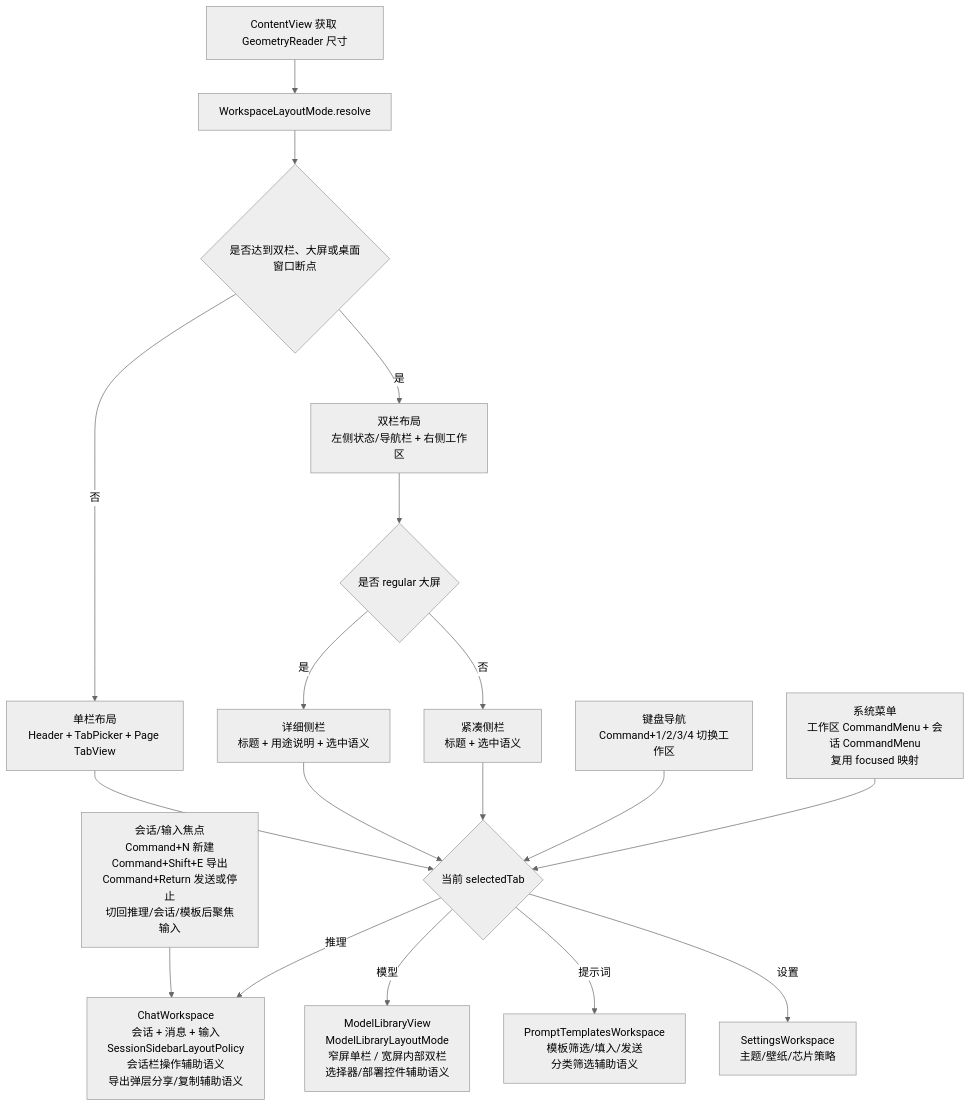
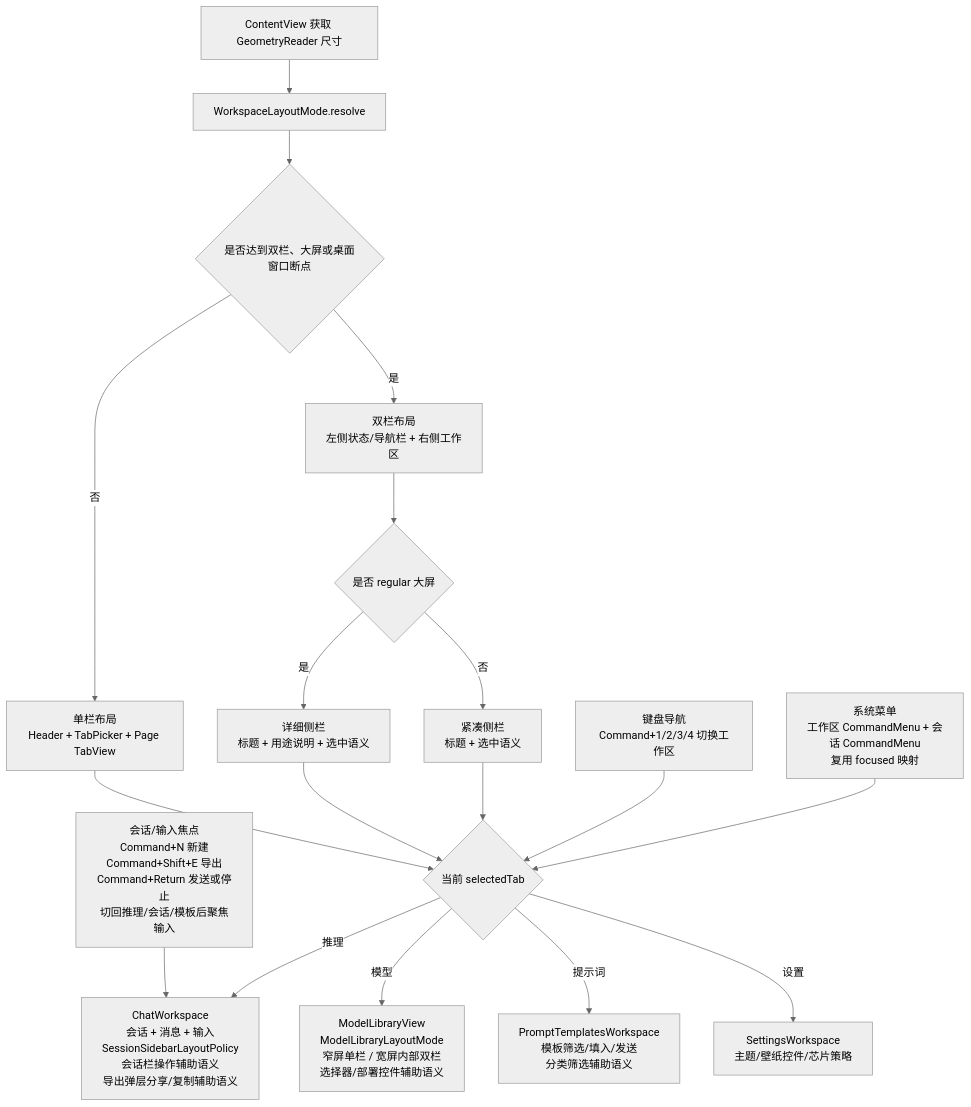
One commit to Altman-sam114/113 changed the fourth of 9 diagrams in md/flow/flowchart.md. Above: the diagram before and after it, drawn with Mermaid (neutral theme). The commit also changed other lines of this file and 8 other files, not shown here.

````diff
--- a/md/flow/flowchart.md
+++ b/md/flow/flowchart.md
@@ -68,20 +68,20 @@
 ```mermaid
 flowchart TD
     A[ContentView 获取 GeometryReader 尺寸] --> B[WorkspaceLayoutMode.resolve]
     B --> C{是否达到双栏、大屏或桌面窗口断点}
     C -- 否 --> D[单栏布局<br/>Header + TabPicker + Page TabView]
     C -- 是 --> E[双栏布局<br/>左侧状态/导航栏 + 右侧工作区]
     E --> N{是否 regular 大屏}
     N -- 是 --> O[详细侧栏<br/>标题 + 用途说明 + 选中语义]
     N -- 否 --> P[紧凑侧栏<br/>标题 + 选中语义]
     D --> F{当前 selectedTab}
     O --> F
     P --> F
     K[键盘导航<br/>Command+1/2/3/4 切换工作区] --> F
     M[系统菜单<br/>工作区 CommandMenu + 会话 CommandMenu<br/>复用 focused 映射] --> F
     L[会话/输入焦点<br/>Command+N 新建<br/>Command+Shift+E 导出<br/>Command+Return 发送或停止<br/>切回推理/会话/模板后聚焦输入] --> G
     F -- 推理 --> G[ChatWorkspace<br/>会话 + 消息 + 输入<br/>SessionSidebarLayoutPolicy<br/>会话栏操作辅助语义<br/>导出弹层分享/复制辅助语义]
     F -- 模型 --> H[ModelLibraryView<br/>ModelLibraryLayoutMode<br/>窄屏单栏 / 宽屏内部双栏<br/>选择器/部署控件辅助语义]
     F -- 提示词 --> I[PromptTemplatesWorkspace<br/>模板筛选/填入/发送<br/>分类筛选辅助语义]
-    F -- 设置 --> J[SettingsWorkspace<br/>主题/壁纸/芯片策略]
+    F -- 设置 --> J[SettingsWorkspace<br/>主题/壁纸控件/芯片策略]
 ```
````
